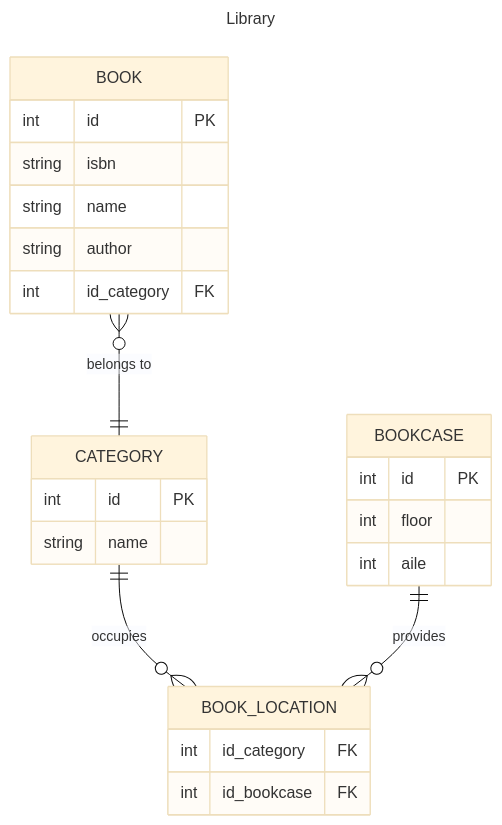
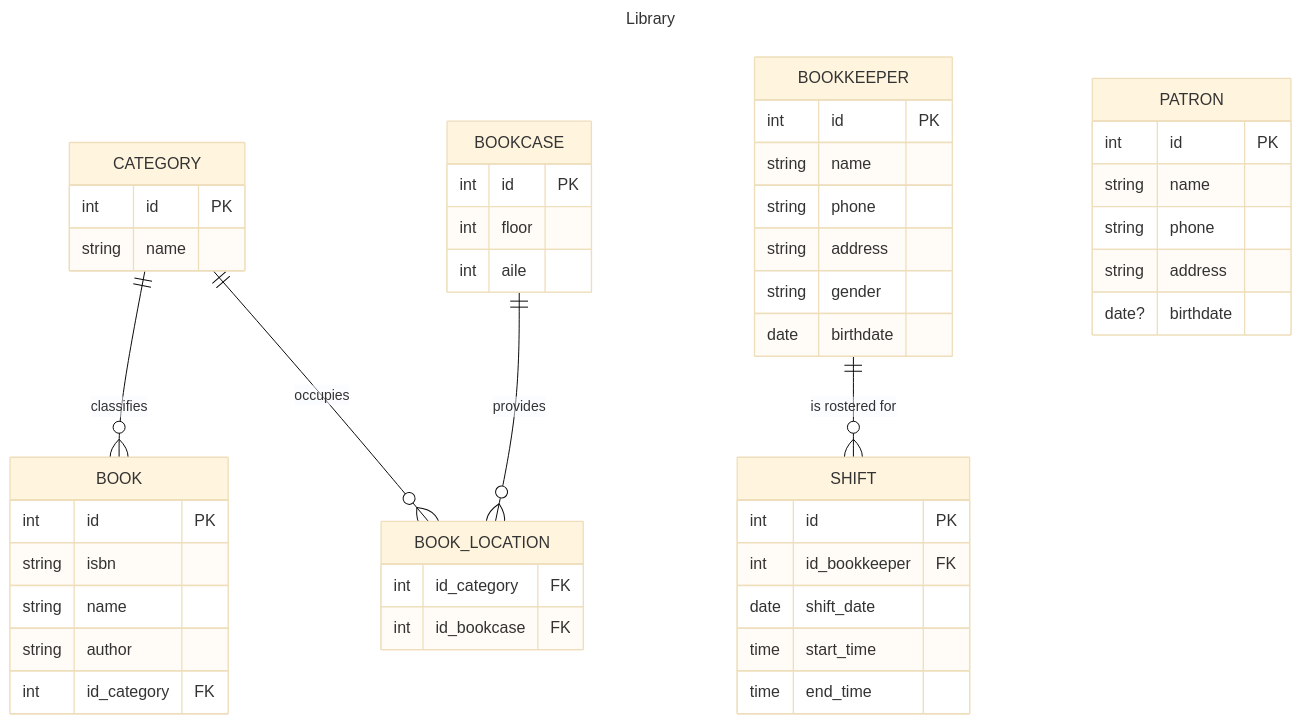
The diagram in README.md (ryansuhartanto/koda-b8-db1), drawn with Mermaid (base theme) before and after one commit.

Commit message:
feat: add bookkeeper, patron, and shift

````diff
--- a/README.md
+++ b/README.md
@@ -5,37 +5,68 @@
 ```mermaid
 ---
 title: Library
 ---
 
 erDiagram
 
-BOOK }o--|| CATEGORY : "belongs to"
+CATEGORY ||--o{ BOOK : "classifies"
 
 CATEGORY ||--o{ BOOK_LOCATION : "occupies"
 BOOKCASE ||--o{ BOOK_LOCATION : "provides"
+
+BOOKKEEPER ||--o{ SHIFT : "is rostered for"
 
 BOOK {
     int id PK
     string isbn
     string name
     string author
 
     int id_category FK
 }
 
 CATEGORY {
     int id PK
     string name
 }
 
 BOOKCASE {
     int id PK
     int floor
     int aile
 }
 
 BOOK_LOCATION {
     int id_category FK
     int id_bookcase FK
 }
+
+BOOKKEEPER {
+    int id PK
+    string name
+    string phone
+    string address
+
+    string gender
+    date birthdate
+}
+
+SHIFT {
+    int id PK
+
+    int id_bookkeeper FK
+
+    date shift_date
+    time start_time
+    time end_time
+}
+
+PATRON {
+    int id PK
+    string name
+    string phone
+    string address
+
+    date? birthdate
+}
 ```
````
